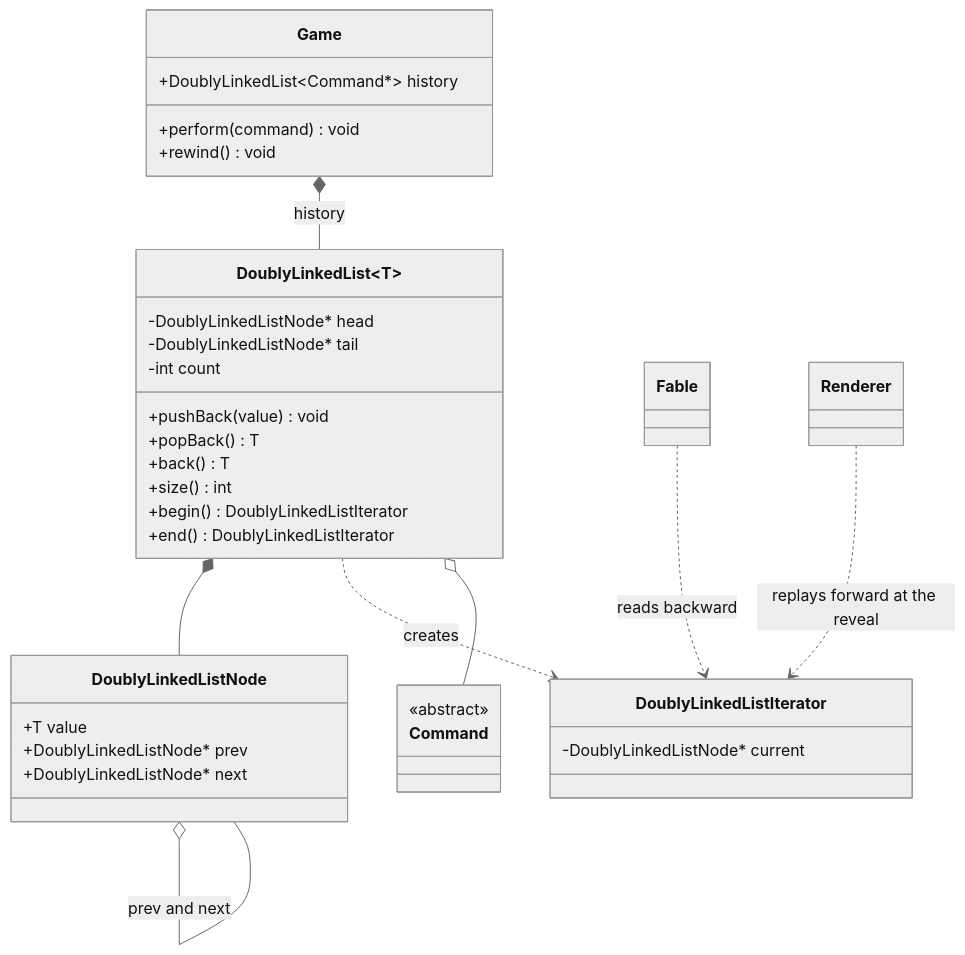
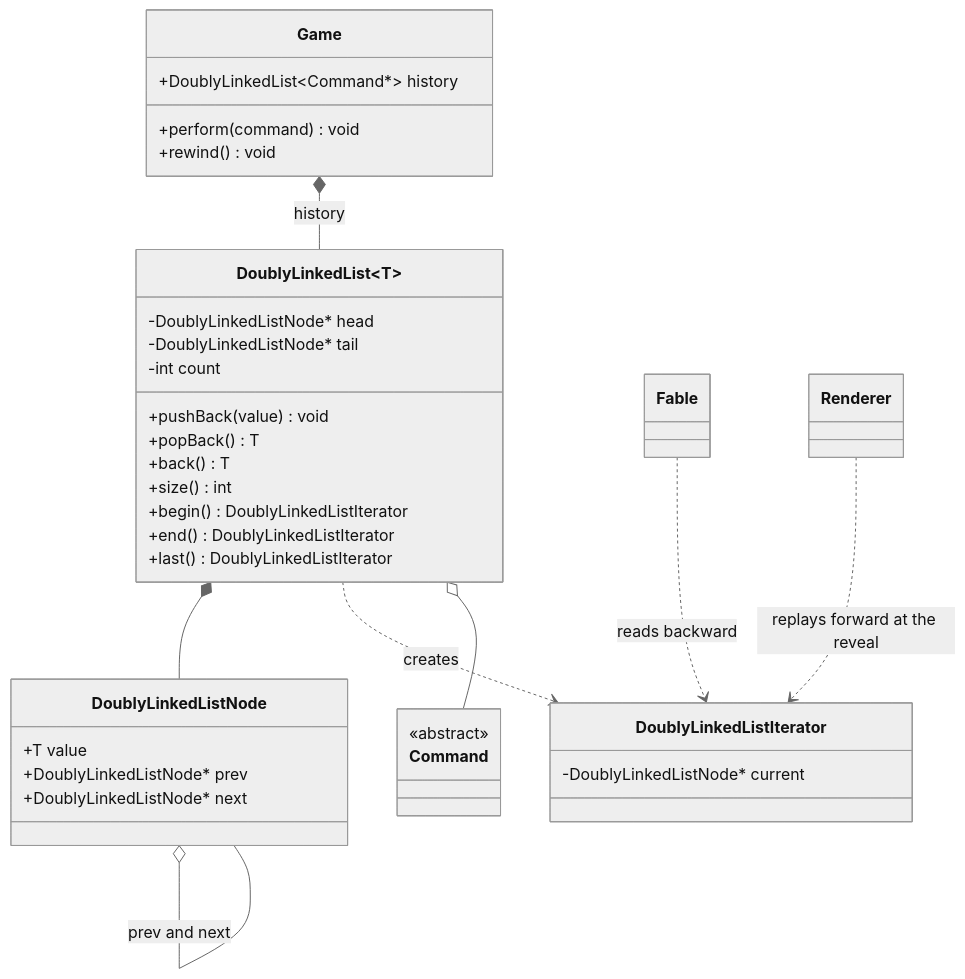
One commit to Lawrensu/Deviant changed the sixth of 11 diagrams in docs/class_diagram.md. Above: the diagram before and after it, drawn with Mermaid (neutral theme). The commit also changed other lines of this file and 4 other files, not shown here.

Commit message:
Phase 1: DoublyLinkedList with last(), HashTable with print(), docs updated

````diff
--- a/docs/class_diagram.md
+++ b/docs/class_diagram.md
@@ -238,40 +239,41 @@
 ```mermaid
 classDiagram
     class DoublyLinkedList~T~ {
         -DoublyLinkedListNode* head
         -DoublyLinkedListNode* tail
         -int count
         +pushBack(value) void
         +popBack() T
         +back() T
         +size() int
         +begin() DoublyLinkedListIterator
         +end() DoublyLinkedListIterator
+        +last() DoublyLinkedListIterator
     }
     class DoublyLinkedListNode {
         +T value
         +DoublyLinkedListNode* prev
         +DoublyLinkedListNode* next
     }
     class DoublyLinkedListIterator {
         -DoublyLinkedListNode* current
     }
     class Game {
         +DoublyLinkedList~Command*~ history
         +perform(command) void
         +rewind() void
     }
     class Command {
         <<abstract>>
     }
     class Fable
     class Renderer
 
     DoublyLinkedList *-- DoublyLinkedListNode
     DoublyLinkedListNode o-- DoublyLinkedListNode : prev and next
     DoublyLinkedList ..> DoublyLinkedListIterator : creates
     Game *-- DoublyLinkedList : history
     DoublyLinkedList o-- Command
     Fable ..> DoublyLinkedListIterator : reads backward
     Renderer ..> DoublyLinkedListIterator : replays forward at the reveal
 ```
````
